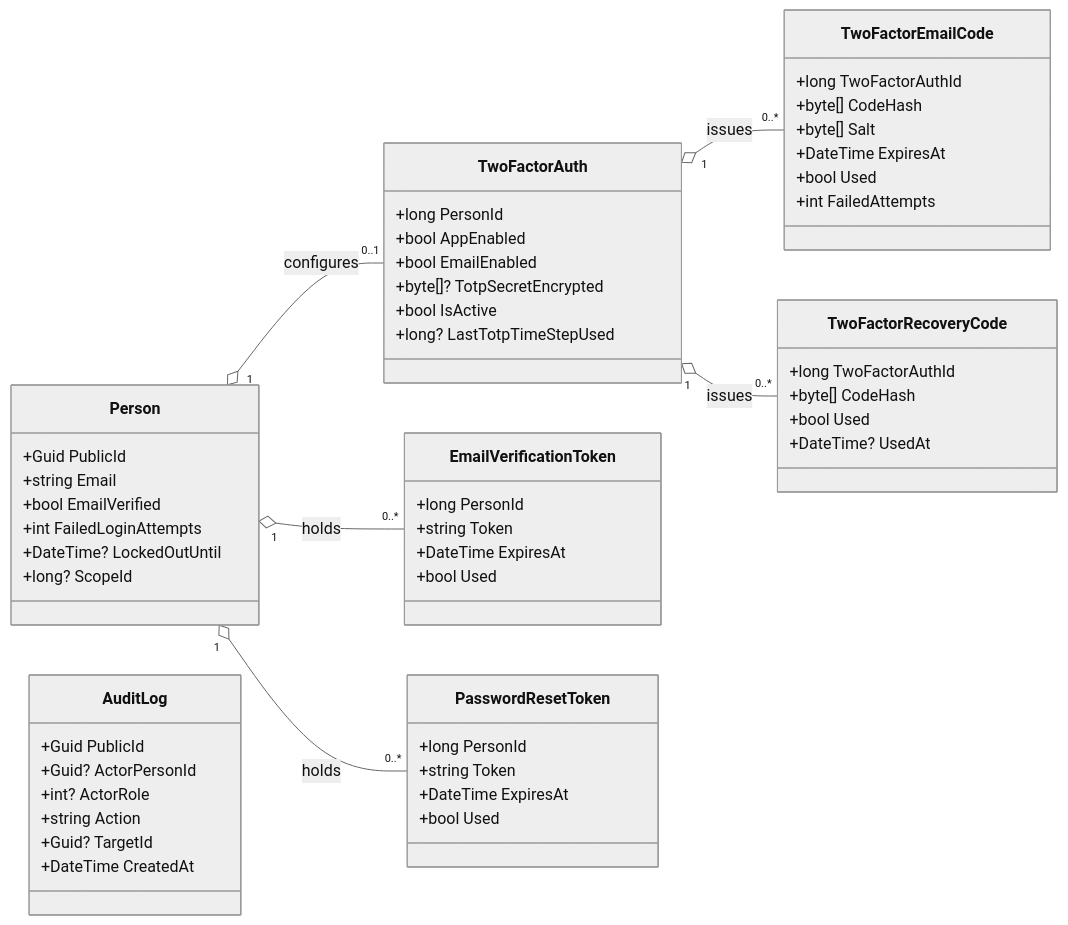
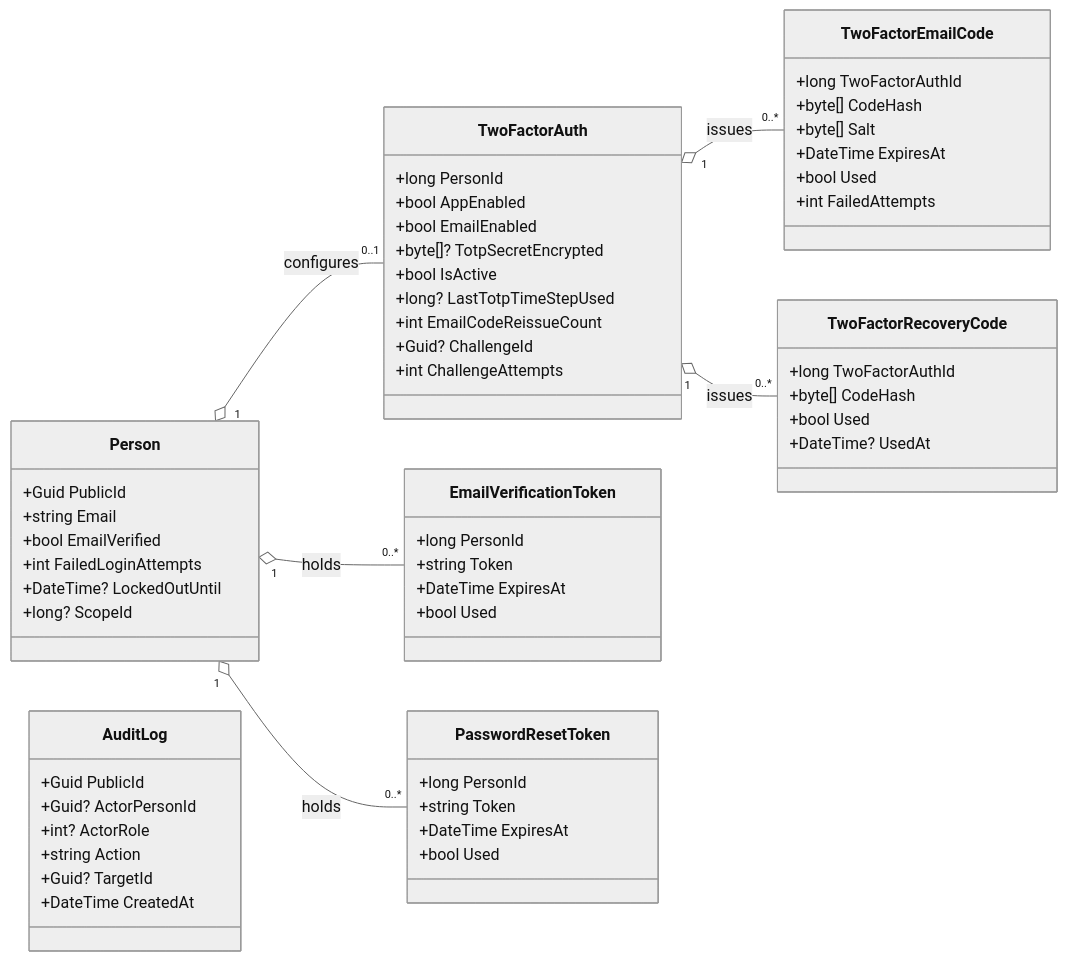
Before and after one commit to artur-rios/heimdall-api: the second of 4 diagrams in docs/content/en/docs/domain-model.md, drawn with Mermaid (neutral theme). The commit also changed 8 other files, not shown here.

````diff
--- a/docs/content/en/docs/domain-model.md
+++ b/docs/content/en/docs/domain-model.md
@@ -93,61 +93,64 @@
 ```mermaid
 classDiagram
     direction LR
 
     class Person {
         +Guid PublicId
         +string Email
         +bool EmailVerified
         +int FailedLoginAttempts
         +DateTime? LockedOutUntil
         +long? ScopeId
     }
     class TwoFactorAuth {
         +long PersonId
         +bool AppEnabled
         +bool EmailEnabled
         +byte[]? TotpSecretEncrypted
         +bool IsActive
         +long? LastTotpTimeStepUsed
+        +int EmailCodeReissueCount
+        +Guid? ChallengeId
+        +int ChallengeAttempts
     }
     class TwoFactorEmailCode {
         +long TwoFactorAuthId
         +byte[] CodeHash
         +byte[] Salt
         +DateTime ExpiresAt
         +bool Used
         +int FailedAttempts
     }
     class TwoFactorRecoveryCode {
         +long TwoFactorAuthId
         +byte[] CodeHash
         +bool Used
         +DateTime? UsedAt
     }
     class EmailVerificationToken {
         +long PersonId
         +string Token
         +DateTime ExpiresAt
         +bool Used
     }
     class PasswordResetToken {
         +long PersonId
         +string Token
         +DateTime ExpiresAt
         +bool Used
     }
     class AuditLog {
         +Guid PublicId
         +Guid? ActorPersonId
         +int? ActorRole
         +string Action
         +Guid? TargetId
         +DateTime CreatedAt
     }
 
     Person "1" o-- "0..1" TwoFactorAuth : configures
     TwoFactorAuth "1" o-- "0..*" TwoFactorEmailCode : issues
     TwoFactorAuth "1" o-- "0..*" TwoFactorRecoveryCode : issues
     Person "1" o-- "0..*" EmailVerificationToken : holds
     Person "1" o-- "0..*" PasswordResetToken : holds
 ```
````
